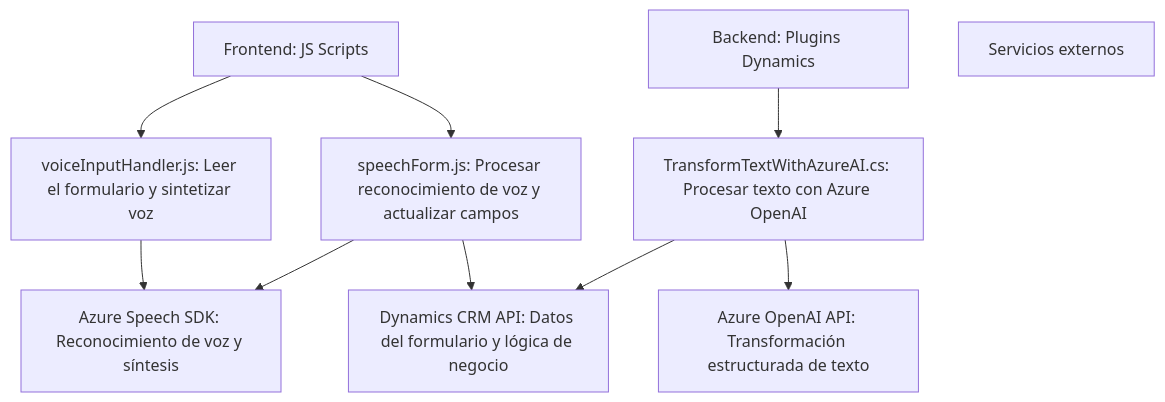
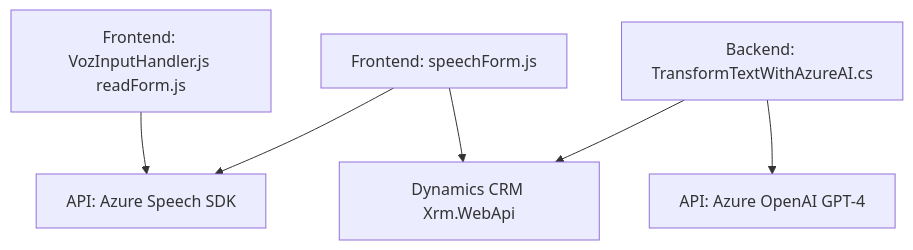
The diagram in README.md (blopezdm/NETCORE_BILBAO2025), drawn with Mermaid before and after one commit. The commit also changed other lines of this file, not shown here.

Commit message:
Actualizar análisis global de la solución con IA

````diff
--- a/README.md
+++ b/README.md
@@ -37,21 +40,15 @@
 ```mermaid
 graph TD
-    A["Frontend: JS Scripts"]
-    A1["voiceInputHandler.js: Leer el formulario y sintetizar voz"]
-    A2["speechForm.js: Procesar reconocimiento de voz y actualizar campos"]
-    B["Backend: Plugins Dynamics"]
-    B1["TransformTextWithAzureAI.cs: Procesar texto con Azure OpenAI"]
-    C["Servicios externos"]
-    C1["Azure Speech SDK: Reconocimiento de voz y síntesis"]
-    C2["Azure OpenAI API: Transformación estructurada de texto"]
-    C3["Dynamics CRM API: Datos del formulario y lógica de negocio"]
-    
-    A --> A1
-    A --> A2
-    A1 --> C1
-    A2 --> C1
-    A2 --> C3
-    B --> B1
-    B1 --> C2
-    B1 --> C3
+    A["Frontend: VozInputHandler.js readForm.js"]
+    B["Frontend: speechForm.js"]
+    C["Backend: TransformTextWithAzureAI.cs"]
+    D["API: Azure Speech SDK"]
+    E["API: Azure OpenAI GPT-4"]
+    F["Dynamics CRM Xrm.WebApi"]
+
+    A --> D
+    B --> D
+    B --> F
+    C --> E
+    C --> F
 ```
````
